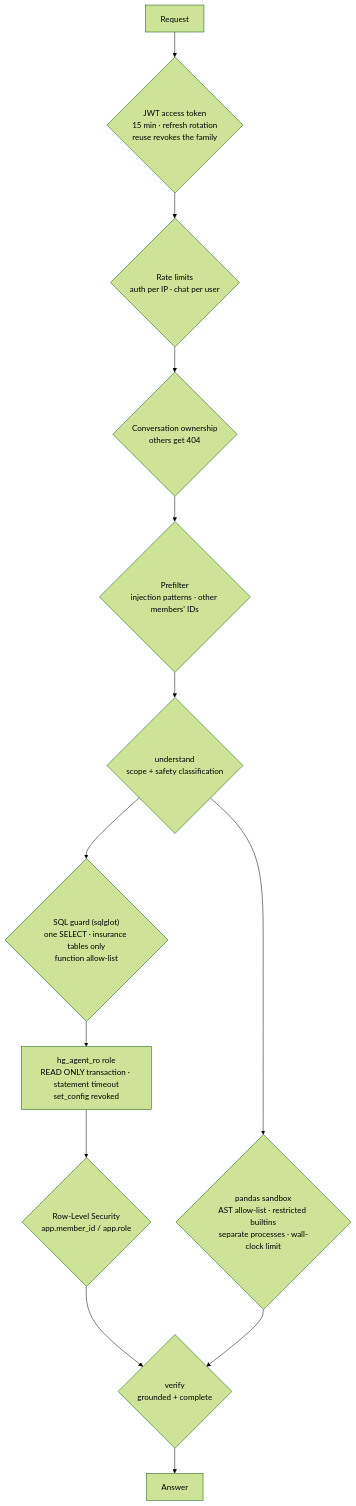
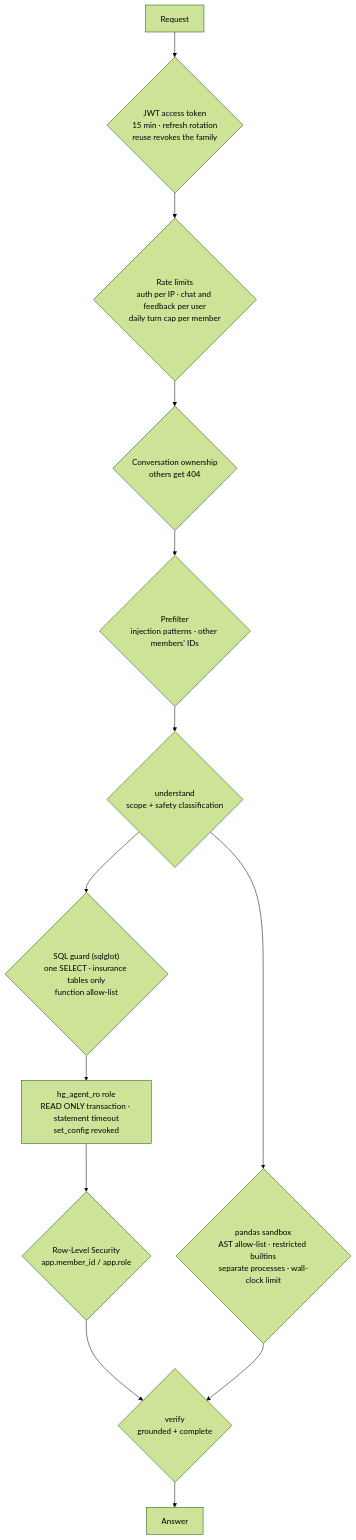
One commit to syamsruthin/healthguard-agent changed the seventh of 7 diagrams in docs/architecture.md. Above: the diagram before and after it, drawn with Mermaid (forest theme). The commit also changed other lines of this file and 9 other files, not shown here.

First line of the commit message:
docs: current status, cache-first flow, spend guards, review outcomes

````diff
--- a/docs/architecture.md
+++ b/docs/architecture.md
@@ -183,15 +190,15 @@
 ```mermaid
 flowchart TD
     REQ[Request] --> JWT{"JWT access token<br/>15 min · refresh rotation<br/>reuse revokes the family"}
-    JWT --> RL{"Rate limits<br/>auth per IP · chat per user"}
+    JWT --> RL{"Rate limits<br/>auth per IP · chat and feedback per user<br/>daily turn cap per member"}
     RL --> OWN{"Conversation ownership<br/>others get 404"}
     OWN --> PRE{"Prefilter<br/>injection patterns · other members' IDs"}
     PRE --> LLMG{"understand<br/>scope + safety classification"}
     LLMG --> SQLG{"SQL guard (sqlglot)<br/>one SELECT · insurance tables only<br/>function allow-list"}
     SQLG --> RO["hg_agent_ro role<br/>READ ONLY transaction · statement timeout<br/>set_config revoked"]
     RO --> RLS{"Row-Level Security<br/>app.member_id / app.role"}
     LLMG --> SBX{"pandas sandbox<br/>AST allow-list · restricted builtins<br/>separate processes · wall-clock limit"}
     RLS --> VER{"verify<br/>grounded + complete"}
     SBX --> VER
     VER --> OUT[Answer]
 ```
````
